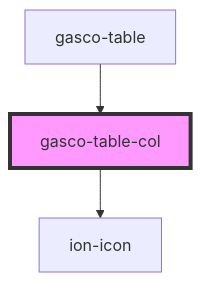
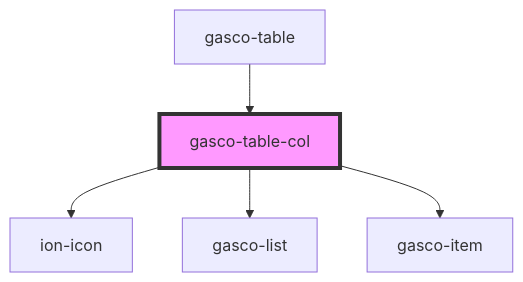
The diagram in core/src/components/gasco-table-col/readme.md (lac617a/gasco-core), drawn with Mermaid before and after one commit. The commit also changed other lines of this file and 4 other files, not shown here.

````diff
--- a/core/src/components/gasco-table-col/readme.md
+++ b/core/src/components/gasco-table-col/readme.md
@@ -40,6 +43,8 @@
 ```mermaid
 graph TD;
   gasco-table-col --> ion-icon
+  gasco-table-col --> gasco-list
+  gasco-table-col --> gasco-item
   gasco-table --> gasco-table-col
   style gasco-table-col fill:#f9f,stroke:#333,stroke-width:4px
 ```
````
